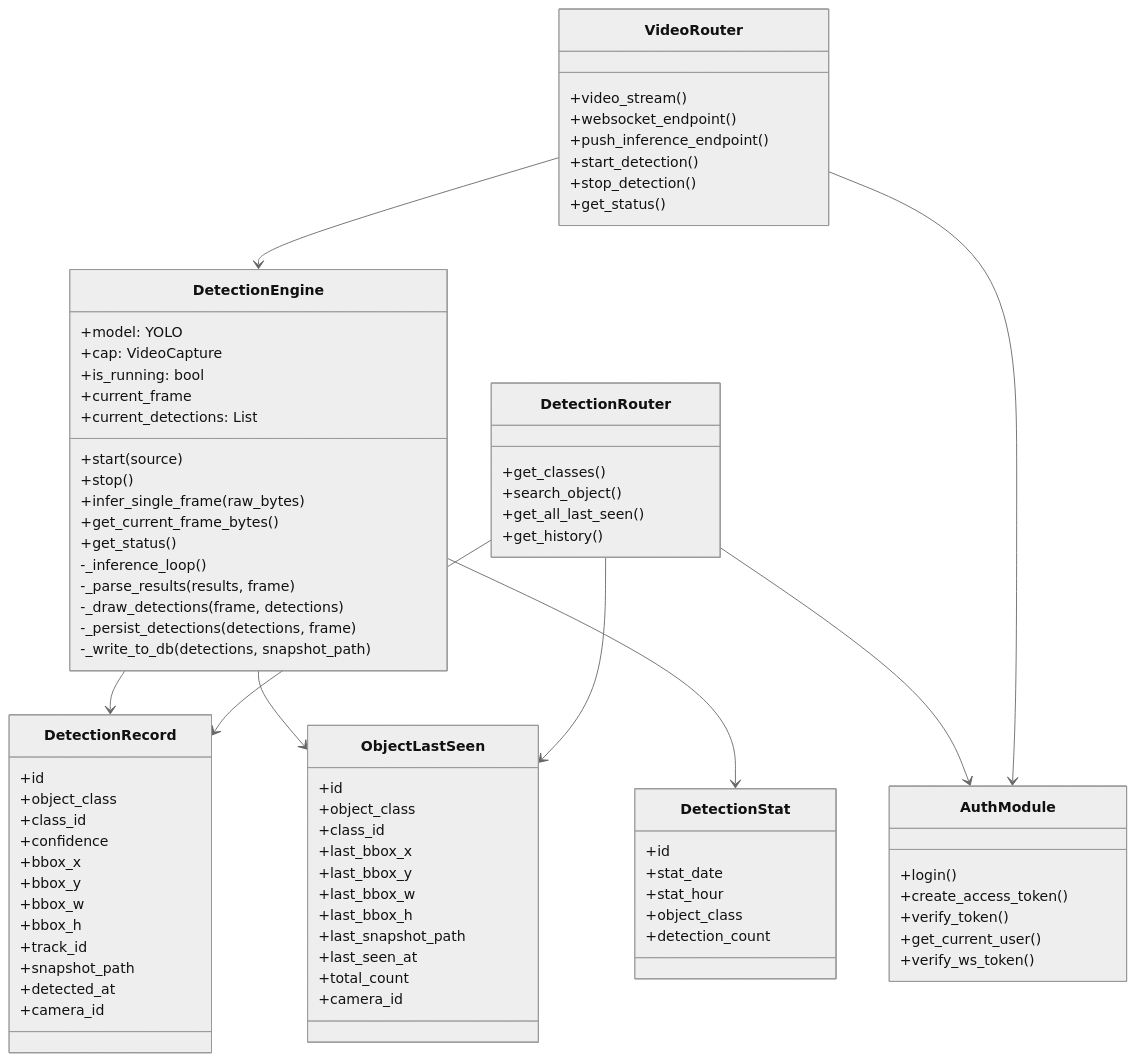
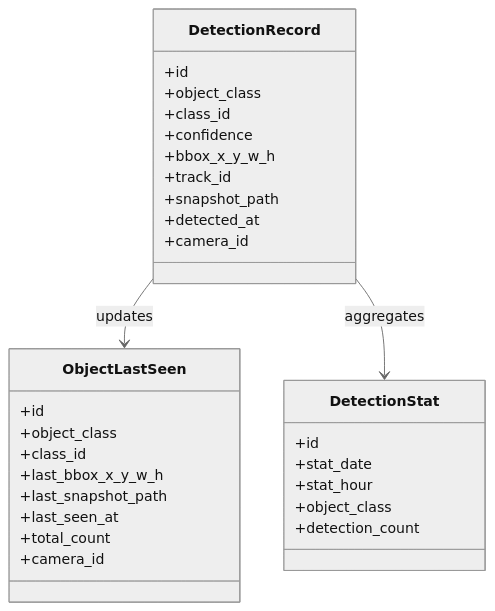
One commit to xez014/yolo-smarthome changed diagram 13 of 17 in docs/毕业论文初稿.md. Above: the diagram before and after it, drawn with Mermaid (neutral theme). The commit also changed other lines of this file and 1 other file, not shown here.

Commit message:
Sync thesis draft with YOLO11s training config

````diff
--- a/docs/毕业论文初稿.md
+++ b/docs/毕业论文初稿.md
@@ -666,32 +711,11 @@
 ```mermaid
 classDiagram
-    class DetectionEngine {
-        +model: YOLO
-        +cap: VideoCapture
-        +is_running: bool
-        +current_frame
-        +current_detections: List
-        +start(source)
-        +stop()
-        +infer_single_frame(raw_bytes)
-        +get_current_frame_bytes()
-        +get_status()
-        -_inference_loop()
-        -_parse_results(results, frame)
-        -_draw_detections(frame, detections)
-        -_persist_detections(detections, frame)
-        -_write_to_db(detections, snapshot_path)
-    }
-
     class DetectionRecord {
         +id
         +object_class
         +class_id
         +confidence
-        +bbox_x
-        +bbox_y
-        +bbox_w
-        +bbox_h
+        +bbox_x_y_w_h
         +track_id
         +snapshot_path
         +detected_at
@@ -702,10 +726,7 @@
         +id
         +object_class
         +class_id
-        +last_bbox_x
-        +last_bbox_y
-        +last_bbox_w
-        +last_bbox_h
+        +last_bbox_x_y_w_h
         +last_snapshot_path
         +last_seen_at
         +total_count
@@ -720,36 +741,6 @@
         +detection_count
     }
 
-    class VideoRouter {
-        +video_stream()
-        +websocket_endpoint()
-        +push_inference_endpoint()
-        +start_detection()
-        +stop_detection()
-        +get_status()
-    }
-
-    class DetectionRouter {
-        +get_classes()
-        +search_object()
-        +get_all_last_seen()
-        +get_history()
-    }
-
-    class AuthModule {
-        +login()
-        +create_access_token()
-        +verify_token()
-        +get_current_user()
-        +verify_ws_token()
-    }
-
-    VideoRouter --> DetectionEngine
-    DetectionRouter --> ObjectLastSeen
-    DetectionRouter --> DetectionRecord
-    DetectionEngine --> DetectionRecord
-    DetectionEngine --> ObjectLastSeen
-    DetectionEngine --> DetectionStat
-    VideoRouter --> AuthModule
-    DetectionRouter --> AuthModule
+    DetectionRecord --> ObjectLastSeen : updates
+    DetectionRecord --> DetectionStat : aggregates
 ```
````
